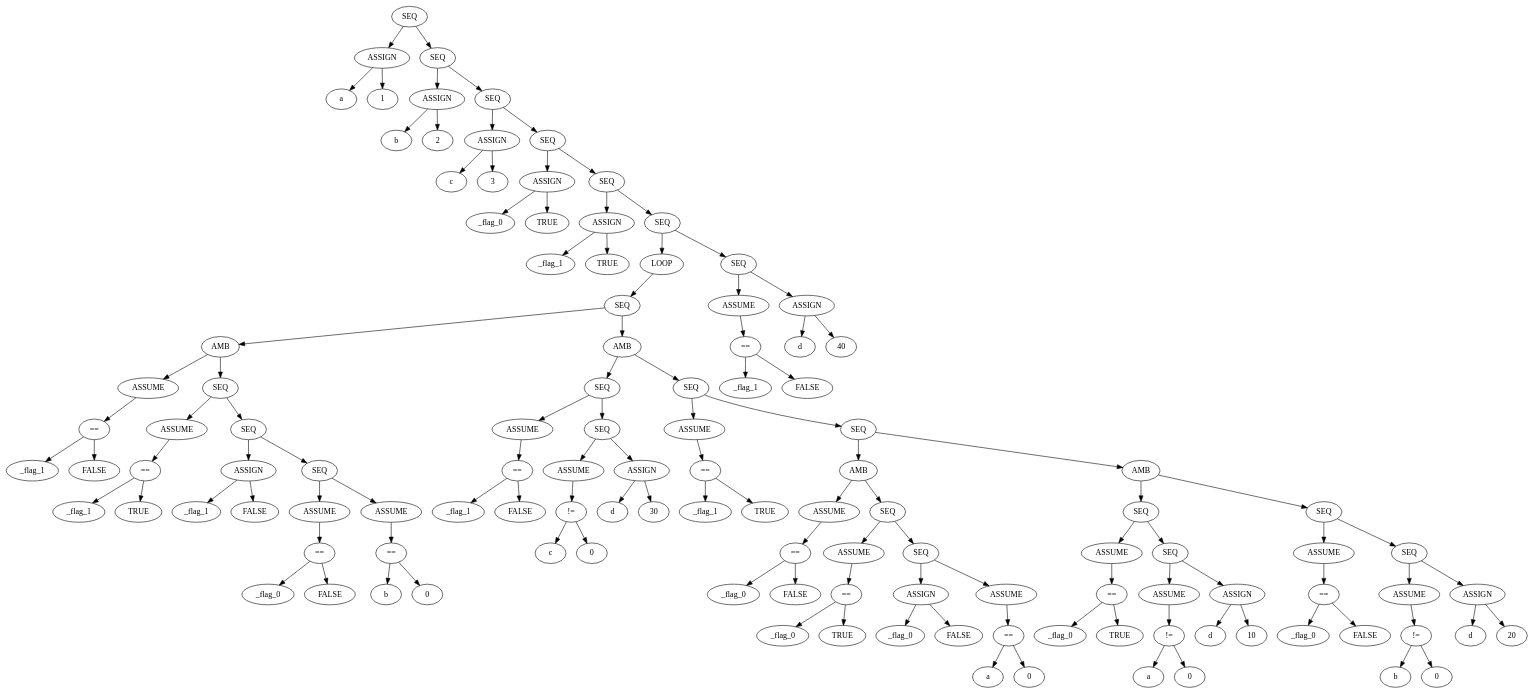
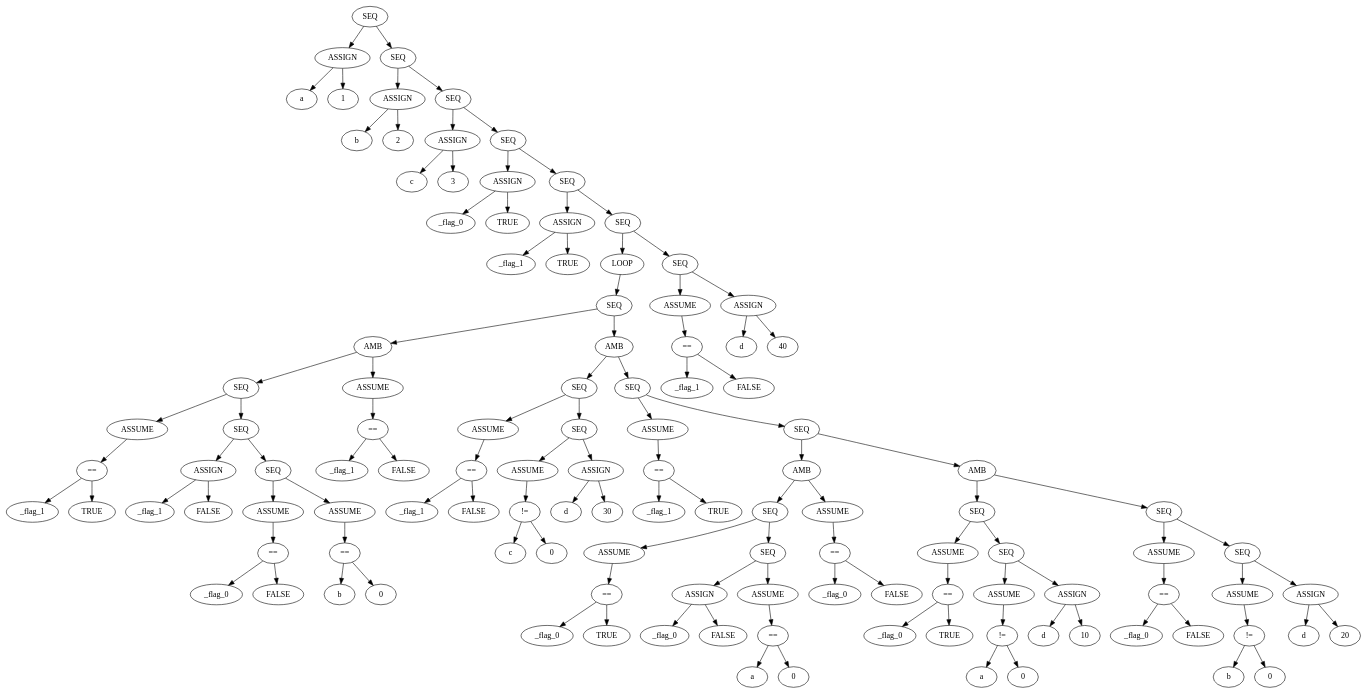
Before and after one commit to Harman309/project6: the diagram in code/norm_asts/seqwhile/seqwhile.gv, drawn with Graphviz. The commit also changed 39 other files, not shown here.

```diff
--- a/code/norm_asts/seqwhile/seqwhile.gv
+++ b/code/norm_asts/seqwhile/seqwhile.gv
@@ -39,50 +39,50 @@
 	85 [label=LOOP]
 	109 [label=SEQ]
 	86 [label=AMB]
+	91 [label=SEQ]
 	87 [label=ASSUME]
 	88 [label="=="]
 	89 [label="_flag_1 "]
 	88 -> 89
-	90 [label=" FALSE"]
+	90 [label=" TRUE"]
 	88 -> 90
 	87 -> 88
-	86 -> 87
+	91 -> 87
 	95 [label=SEQ]
-	91 [label=ASSUME]
-	92 [label="=="]
-	93 [label="_flag_1 "]
+	92 [label=ASSIGN]
+	93 [label=_flag_1]
 	92 -> 93
-	94 [label=" TRUE"]
+	94 [label=FALSE]
 	92 -> 94
-	91 -> 92
-	95 -> 91
-	99 [label=SEQ]
-	96 [label=ASSIGN]
-	97 [label=_flag_1]
+	95 -> 92
+	100 [label=SEQ]
+	96 [label=ASSUME]
+	97 [label="=="]
+	98 [label="_flag_0 "]
+	97 -> 98
+	99 [label=" FALSE"]
+	97 -> 99
 	96 -> 97
-	98 [label=FALSE]
-	96 -> 98
-	99 -> 96
-	104 [label=SEQ]
-	100 [label=ASSUME]
-	101 [label="=="]
-	102 [label="_flag_0 "]
+	100 -> 96
+	101 [label=ASSUME]
+	102 [label="=="]
+	103 [label="b "]
+	102 -> 103
+	104 [label=" 0"]
+	102 -> 104
 	101 -> 102
-	103 [label=" FALSE"]
-	101 -> 103
 	100 -> 101
-	104 -> 100
+	95 -> 100
+	91 -> 95
+	86 -> 91
 	105 [label=ASSUME]
 	106 [label="=="]
-	107 [label="b "]
+	107 [label="_flag_1 "]
 	106 -> 107
-	108 [label=" 0"]
+	108 [label=" FALSE"]
 	106 -> 108
 	105 -> 106
-	104 -> 105
-	99 -> 104
-	95 -> 99
-	86 -> 95
+	86 -> 105
 	109 -> 86
 	110 [label=AMB]
 	115 [label=SEQ]
@@ -122,40 +122,40 @@
 	128 -> 124
 	147 [label=SEQ]
 	129 [label=AMB]
+	134 [label=SEQ]
 	130 [label=ASSUME]
 	131 [label="=="]
 	132 [label="_flag_0 "]
 	131 -> 132
-	133 [label=" FALSE"]
+	133 [label=" TRUE"]
 	131 -> 133
 	130 -> 131
-	129 -> 130
+	134 -> 130
 	138 [label=SEQ]
-	134 [label=ASSUME]
-	135 [label="=="]
-	136 [label="_flag_0 "]
+	135 [label=ASSIGN]
+	136 [label=_flag_0]
 	135 -> 136
-	137 [label=" TRUE"]
+	137 [label=FALSE]
 	135 -> 137
-	134 -> 135
-	138 -> 134
-	142 [label=SEQ]
-	139 [label=ASSIGN]
-	140 [label=_flag_0]
+	138 -> 135
+	139 [label=ASSUME]
+	140 [label="=="]
+	141 [label="a "]
+	140 -> 141
+	142 [label=" 0"]
+	140 -> 142
 	139 -> 140
-	141 [label=FALSE]
-	139 -> 141
-	142 -> 139
+	138 -> 139
+	134 -> 138
+	129 -> 134
 	143 [label=ASSUME]
 	144 [label="=="]
-	145 [label="a "]
+	145 [label="_flag_0 "]
 	144 -> 145
-	146 [label=" 0"]
+	146 [label=" FALSE"]
 	144 -> 146
 	143 -> 144
-	142 -> 143
-	138 -> 142
-	129 -> 138
+	129 -> 143
 	147 -> 129
 	148 [label=AMB]
 	153 [label=SEQ]
```
